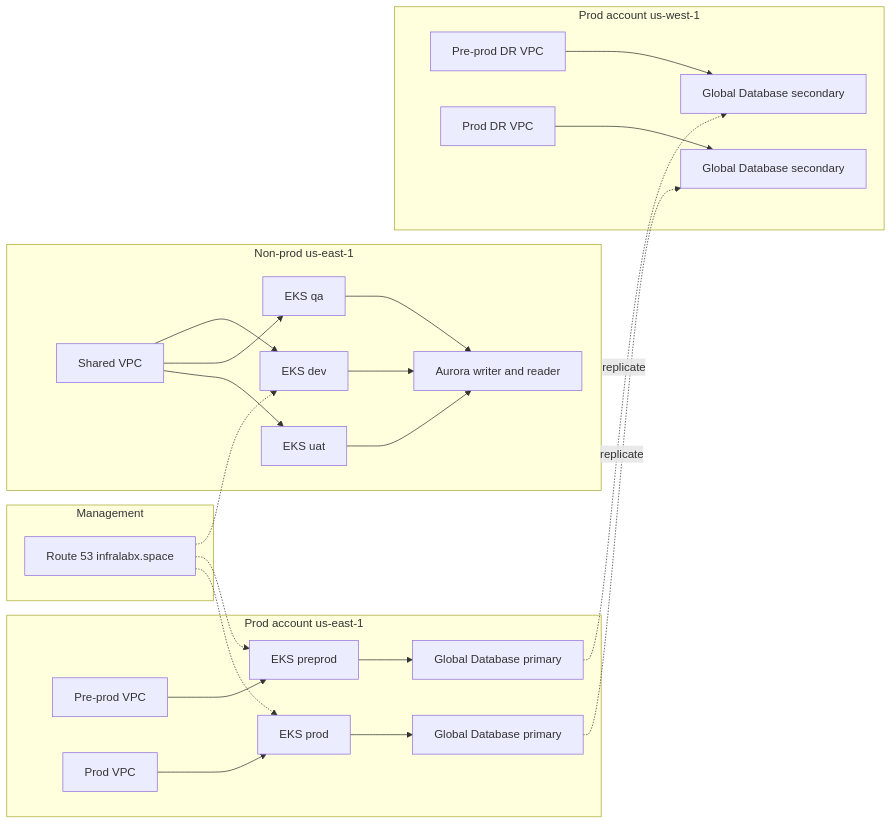
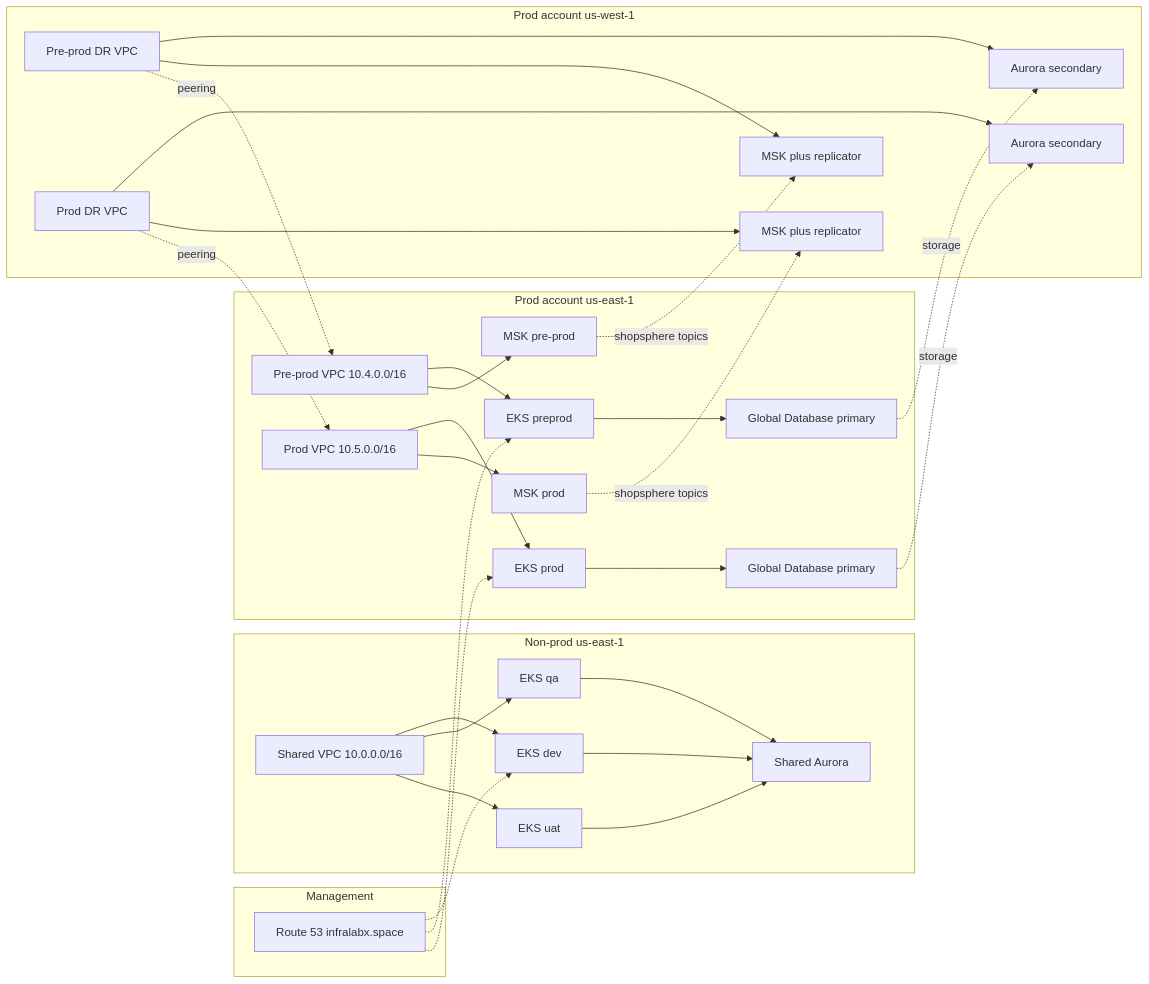
The first of 3 diagrams in README.md (Johnson9393/shopsphere-infra), drawn with Mermaid before and after one commit. The commit also changed other lines of this file and 5 other files, not shown here.

````diff
--- a/README.md
+++ b/README.md
@@ -44,42 +44,54 @@
 ```mermaid
 flowchart LR
   subgraph mgmt [Management]
     dns[Route 53 infralabx.space]
   end
   subgraph nonprod [Non-prod us-east-1]
-    vpc1[Shared VPC]
-    db1[Aurora writer and reader]
+    vpc1[Shared VPC 10.0.0.0/16]
+    db1[Shared Aurora]
     dev[EKS dev]
     qa[EKS qa]
     uat[EKS uat]
     vpc1 --> dev
     vpc1 --> qa
     vpc1 --> uat
     dev --> db1
     qa --> db1
     uat --> db1
   end
   subgraph primary [Prod account us-east-1]
-    vpcP[Pre-prod VPC]
-    vpcR[Prod VPC]
+    vpcP[Pre-prod VPC 10.4.0.0/16]
+    vpcR[Prod VPC 10.5.0.0/16]
     dbP[Global Database primary]
     dbR[Global Database primary]
+    mskP[MSK pre-prod]
+    mskR[MSK prod]
     pre[EKS preprod]
     prd[EKS prod]
     vpcP --> pre --> dbP
+    vpcP --> mskP
     vpcR --> prd --> dbR
+    vpcR --> mskR
   end
   subgraph dr [Prod account us-west-1]
     vpcPd[Pre-prod DR VPC]
     vpcRd[Prod DR VPC]
-    dbPd[Global Database secondary]
-    dbRd[Global Database secondary]
+    dbPd[Aurora secondary]
+    dbRd[Aurora secondary]
+    mskPd[MSK plus replicator]
+    mskRd[MSK plus replicator]
     vpcPd --> dbPd
+    vpcPd --> mskPd
     vpcRd --> dbRd
+    vpcRd --> mskRd
   end
-  dbP -. replicate .-> dbPd
-  dbR -. replicate .-> dbRd
+  dbP -. storage .-> dbPd
+  dbR -. storage .-> dbRd
+  mskP -. shopsphere topics .-> mskPd
+  mskR -. shopsphere topics .-> mskRd
+  vpcPd -. peering .-> vpcP
+  vpcRd -. peering .-> vpcR
   dns -.-> dev
   dns -.-> pre
   dns -.-> prd
 ```
````
